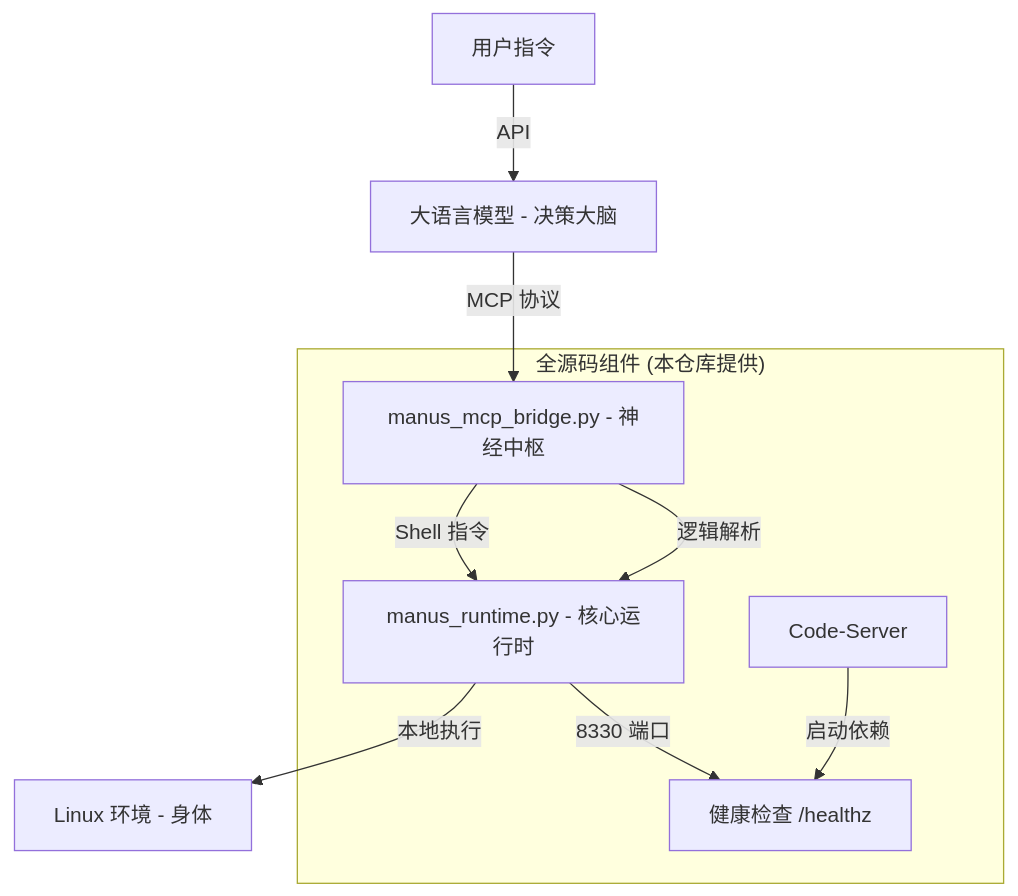
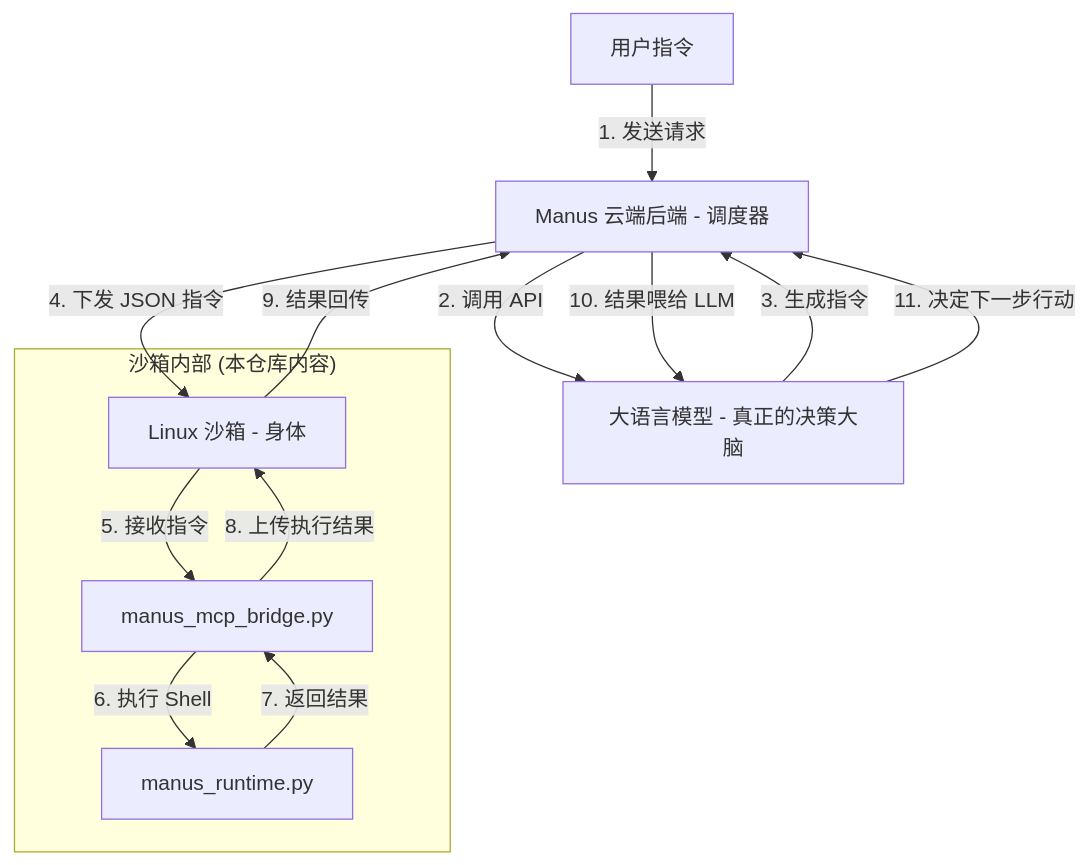
Before and after one commit to ctz168/manusagent: the diagram in README_CN.md, drawn with Mermaid. The commit also changed other lines of this file and 1 other file, not shown here.

Commit message:
Architectural Deep Dive: Explained the Cloud-Brain/Edge-Body model and added a simulate_llm_brain.py example

````diff
--- a/README_CN.md
+++ b/README_CN.md
@@ -11,13 +13,18 @@
 ```mermaid
 graph TD
-    User[用户指令] -->|API| LLM[大语言模型 - 决策大脑]
-    LLM -->|MCP 协议| MCP[manus_mcp_bridge.py - 神经中枢]
-    MCP -->|Shell 指令| Runtime[manus_runtime.py - 核心运行时]
-    Runtime -->|本地执行| Sandbox[Linux 环境 - 身体]
+    User[用户指令] -->|1. 发送请求| Cloud[Manus 云端后端 - 调度器]
+    Cloud -->|2. 调用 API| LLM[大语言模型 - 真正的决策大脑]
+    LLM -->|3. 生成指令| Cloud
+    Cloud -->|4. 下发 JSON 指令| Sandbox[Linux 沙箱 - 身体]
     
-    subgraph "全源码组件 (本仓库提供)"
-        Runtime -->|8330 端口| Health[健康检查 /healthz]
-        MCP -->|逻辑解析| Runtime
-        IDE[Code-Server] -->|启动依赖| Health
+    subgraph "沙箱内部 (本仓库内容)"
+        Sandbox -->|5. 接收指令| MCP[manus_mcp_bridge.py]
+        MCP -->|6. 执行 Shell| Runtime[manus_runtime.py]
+        Runtime -->|7. 返回结果| MCP
+        MCP -->|8. 上传执行结果| Sandbox
     end
+    
+    Sandbox -->|9. 结果回传| Cloud
+    Cloud -->|10. 结果喂给 LLM| LLM
+    LLM -->|11. 决定下一步行动| Cloud
 ```
````
